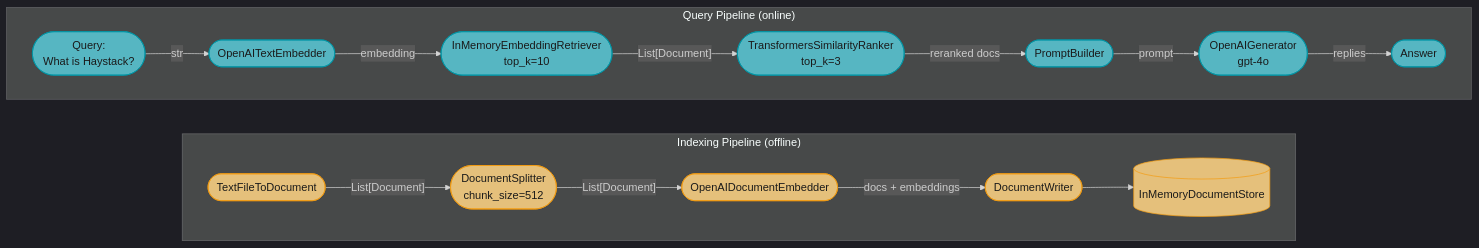
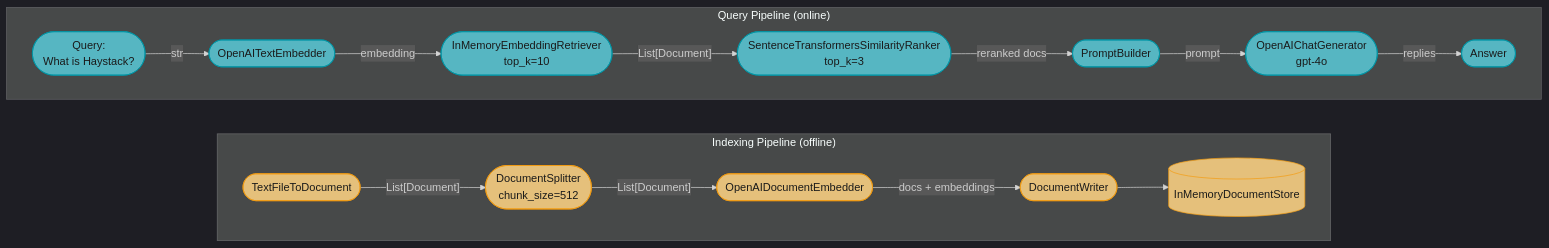
One commit to rppol/system-design changed the first of 3 diagrams in src/main/java/com/rutik/systemdesign/llm/agentic_frameworks/haystack.md. Above: the diagram before and after it, drawn with Mermaid. The commit also changed other lines of this file and 466 other files, not shown here.

````diff
--- a/src/main/java/com/rutik/systemdesign/llm/agentic_frameworks/haystack.md
+++ b/src/main/java/com/rutik/systemdesign/llm/agentic_frameworks/haystack.md
@@ -73,36 +72,36 @@
 ```mermaid
 %%{init: {'flowchart': {'curve': 'basis'}, 'theme': 'dark'}}%%
 flowchart LR
     classDef io      fill:#61afef,stroke:#2e86c1,color:#1a1a1a,font-weight:bold
     classDef frozen  fill:#c678dd,stroke:#9b59b6,color:#fff
     classDef train   fill:#98c379,stroke:#27ae60,color:#1a1a1a
     classDef mathOp  fill:#d19a66,stroke:#e67e22,color:#1a1a1a,font-weight:bold
     classDef lossN   fill:#e06c75,stroke:#c0392b,color:#fff,font-weight:bold
     classDef req     fill:#56b6c2,stroke:#0097a7,color:#1a1a1a
     classDef base    fill:#e5c07b,stroke:#f39c12,color:#1a1a1a
 
     subgraph IDX["Indexing Pipeline (offline)"]
         direction LR
         CONV(["TextFileToDocument"])
         SPLIT(["DocumentSplitter<br/>chunk_size=512"])
         EMB(["OpenAIDocumentEmbedder"])
         WRITE(["DocumentWriter"])
         STORE[("InMemoryDocumentStore")]
         CONV -->|"List[Document]"| SPLIT -->|"List[Document]"| EMB -->|"docs + embeddings"| WRITE --> STORE
     end
 
     subgraph QRY["Query Pipeline (online)"]
         direction LR
         Q(["Query:<br/>What is Haystack?"])
         QEMB(["OpenAITextEmbedder"])
         RET(["InMemoryEmbeddingRetriever<br/>top_k=10"])
-        RANK(["TransformersSimilarityRanker<br/>top_k=3"])
+        RANK(["SentenceTransformersSimilarityRanker<br/>top_k=3"])
         PB(["PromptBuilder"])
-        GEN(["OpenAIGenerator<br/>gpt-4o"])
+        GEN(["OpenAIChatGenerator<br/>gpt-4o"])
         OUT(["Answer"])
         Q -->|"str"| QEMB -->|"embedding"| RET -->|"List[Document]"| RANK -->|"reranked docs"| PB -->|"prompt"| GEN -->|"replies"| OUT
     end
 
     class CONV,SPLIT,EMB,WRITE,STORE base
     class Q,QEMB,RET,RANK,PB,GEN,OUT req
 ```
````
